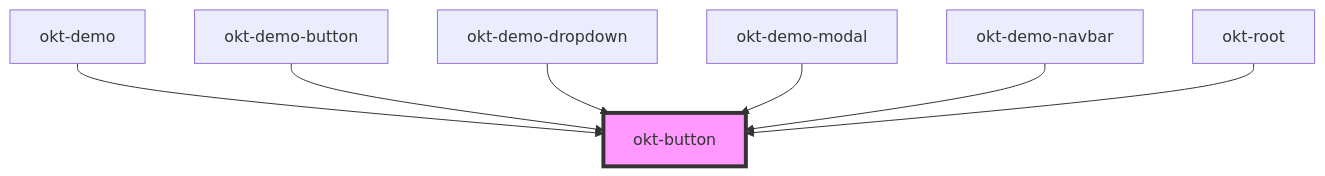
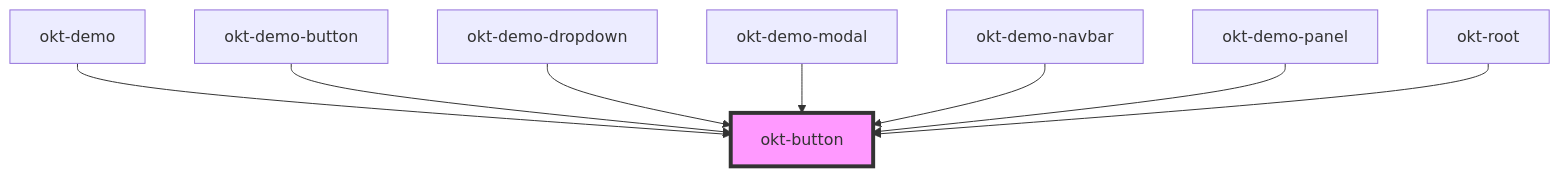
The diagram in src/components/button/readme.md (oktopusdgtl/bulma-components), drawn with Mermaid before and after one commit. The commit also changed other lines of this file and 19 other files, not shown here.

````diff
--- a/src/components/button/readme.md
+++ b/src/components/button/readme.md
@@ -41,10 +42,11 @@
 ```mermaid
 graph TD;
   okt-demo --> okt-button
   okt-demo-button --> okt-button
   okt-demo-dropdown --> okt-button
   okt-demo-modal --> okt-button
   okt-demo-navbar --> okt-button
+  okt-demo-panel --> okt-button
   okt-root --> okt-button
   style okt-button fill:#f9f,stroke:#333,stroke-width:4px
 ```
````
